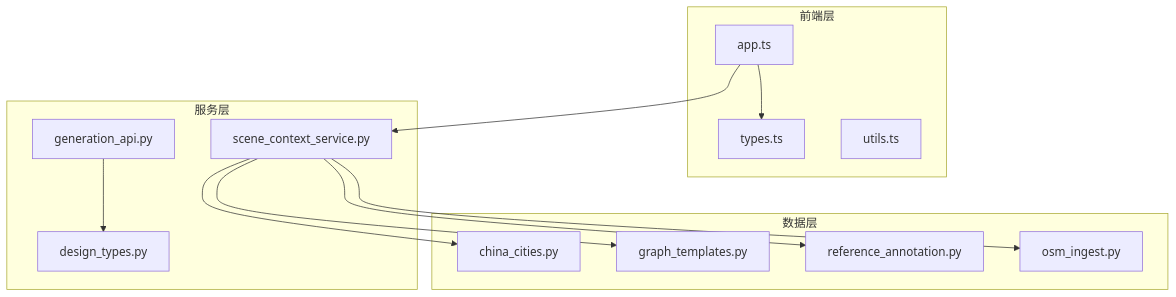
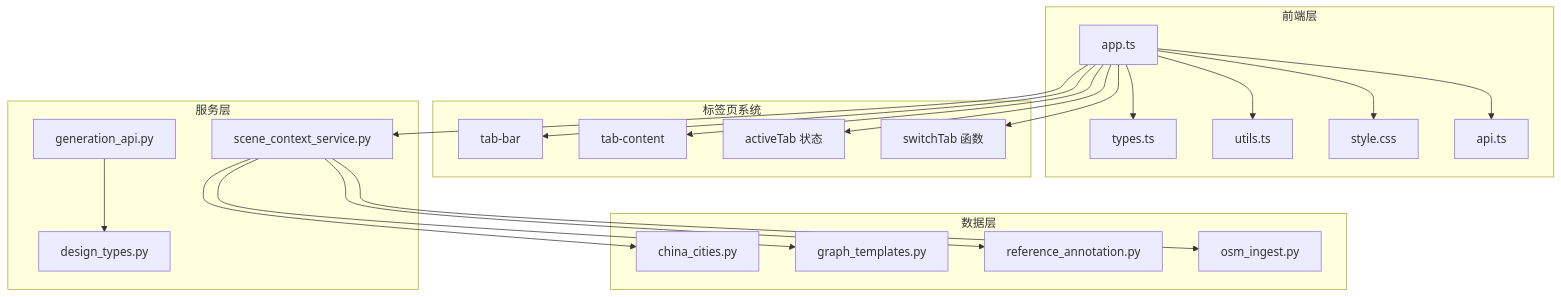
Diagram 15 of 15 in .qoder/repowiki/zh/content/Web界面系统/工作台界面/场景设置面板.md (wsqstar/RoadGen3D), drawn with Mermaid before and after one commit. The commit also changed other lines of this file and 8 other files, not shown here.

First line of the commit message:
feat(tab-system): integrate conversation and scene jobs tabs into layout

````diff
--- a/.qoder/repowiki/zh/content/Web界面系统/工作台界面/场景设置面板.md
+++ b/.qoder/repowiki/zh/content/Web界面系统/工作台界面/场景设置面板.md
@@ -389,26 +505,41 @@
 ```mermaid
 graph TB
 subgraph "前端层"
 A[app.ts]
 B[types.ts]
 C[utils.ts]
+D[style.css]
+E[api.ts]
+end
+subgraph "标签页系统"
+F[tab-bar]
+G[tab-content]
+H[activeTab 状态]
+I[switchTab 函数]
 end
 subgraph "服务层"
-D[scene_context_service.py]
-E[generation_api.py]
-F[design_types.py]
+J[scene_context_service.py]
+K[generation_api.py]
+L[design_types.py]
 end
 subgraph "数据层"
-G[china_cities.py]
-H[graph_templates.py]
-I[reference_annotation.py]
-J[osm_ingest.py]
+M[china_cities.py]
+N[graph_templates.py]
+O[reference_annotation.py]
+P[osm_ingest.py]
 end
 A --> B
+A --> C
 A --> D
-D --> G
-D --> H
-D --> I
-D --> J
-E --> F
+A --> E
+A --> F
+A --> G
+A --> H
+A --> I
+A --> J
+J --> M
+J --> N
+J --> O
+J --> P
+K --> L
 ```
````
